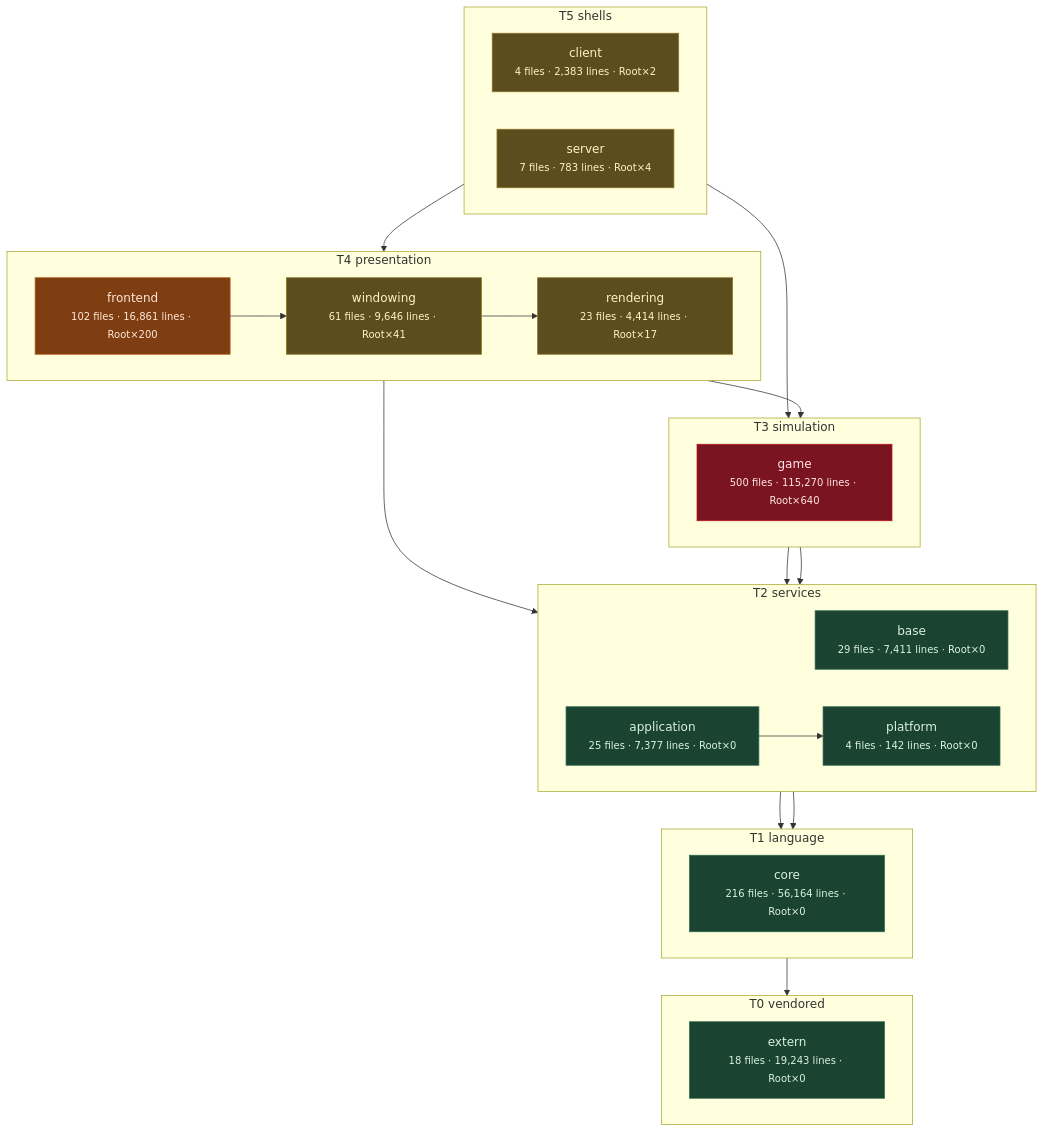
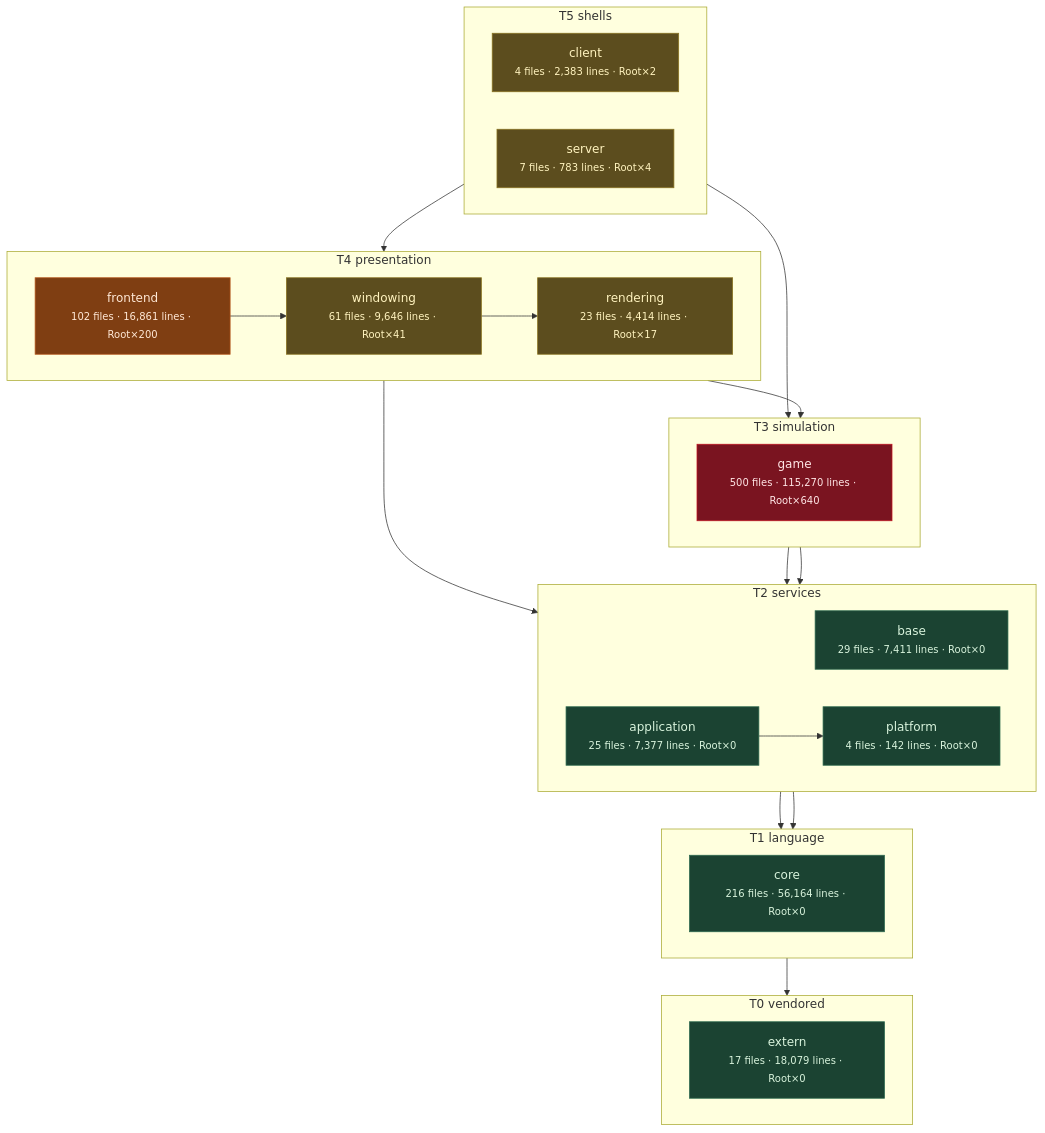
Before and after one commit to apnex/OpenStarbound: the third of 11 diagrams in docs/architecture/system-boundaries.md, drawn with Mermaid. The commit also changed other lines of this file and 7 other files, not shown here.

````diff
--- a/docs/architecture/system-boundaries.md
+++ b/docs/architecture/system-boundaries.md
@@ -270,52 +270,52 @@
 ```mermaid
 flowchart TD
   subgraph T0["T0 vendored"]
     direction LR
-    extern["extern<br/><small>18 files · 19,243 lines · Root×0</small>"]
+    extern["extern<br/><small>17 files · 18,079 lines · Root×0</small>"]
   end
   subgraph T1["T1 language"]
     direction LR
     core["core<br/><small>216 files · 56,164 lines · Root×0</small>"]
   end
   subgraph T2["T2 services"]
     direction LR
     base["base<br/><small>29 files · 7,411 lines · Root×0</small>"]
     platform["platform<br/><small>4 files · 142 lines · Root×0</small>"]
     application["application<br/><small>25 files · 7,377 lines · Root×0</small>"]
   end
   subgraph T3["T3 simulation"]
     direction LR
     game["game<br/><small>500 files · 115,270 lines · Root×640</small>"]
   end
   subgraph T4["T4 presentation"]
     direction LR
     rendering["rendering<br/><small>23 files · 4,414 lines · Root×17</small>"]
     windowing["windowing<br/><small>61 files · 9,646 lines · Root×41</small>"]
     frontend["frontend<br/><small>102 files · 16,861 lines · Root×200</small>"]
   end
   subgraph T5["T5 shells"]
     direction LR
     client["client<br/><small>4 files · 2,383 lines · Root×2</small>"]
     server["server<br/><small>7 files · 783 lines · Root×4</small>"]
   end
   core --> extern
   base --> core
   platform --> core
   application --> platform
   game --> base
   game --> platform
   rendering --> application
   rendering --> game
   windowing --> rendering
   frontend --> windowing
   client --> frontend
   server --> game
   classDef clean fill:#1b4332,stroke:#2d6a4f,color:#d8f3dc
   classDef warm  fill:#5c4d1e,stroke:#8a7420,color:#fff3bf
   classDef hot   fill:#7f3e12,stroke:#b5561b,color:#ffe8d6
   classDef blaze fill:#7a1420,stroke:#c1121f,color:#ffe5e5
   class extern,core,base,platform,application clean
   class rendering,windowing,client,server warm
   class frontend hot
   class game blaze
 ```
````
